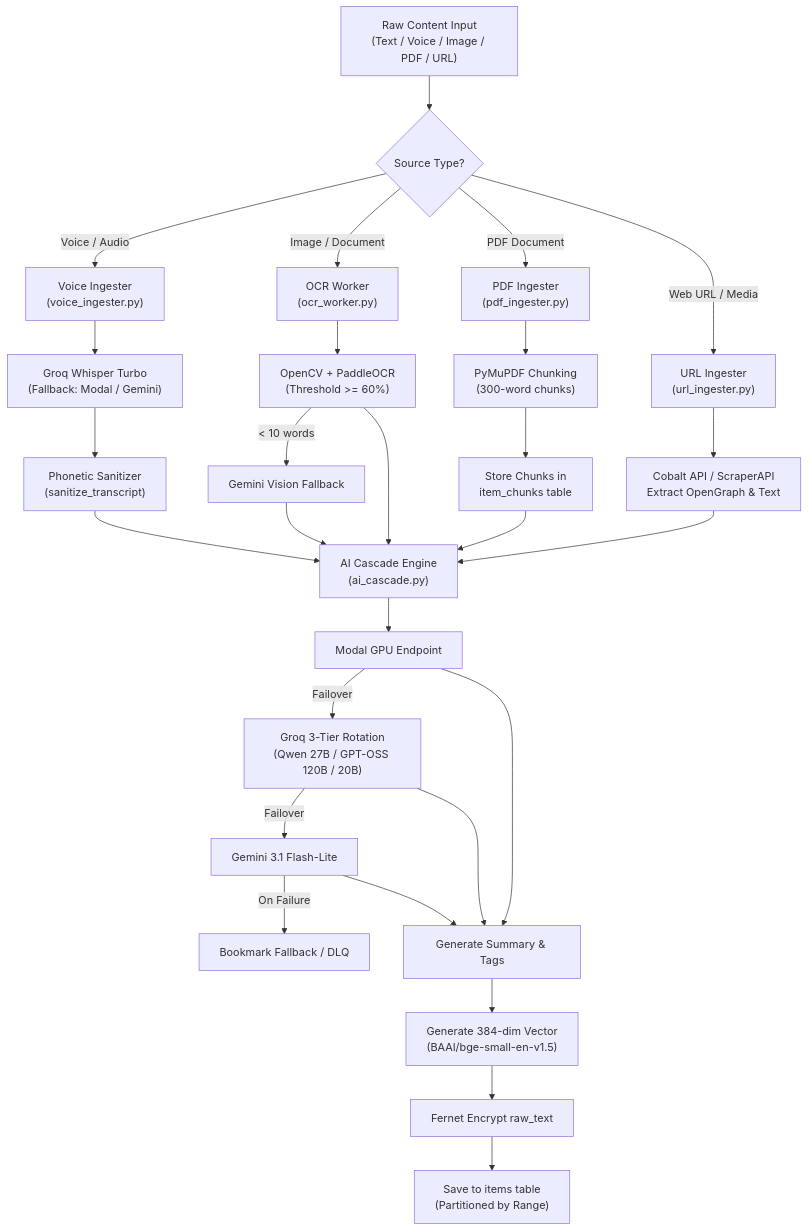
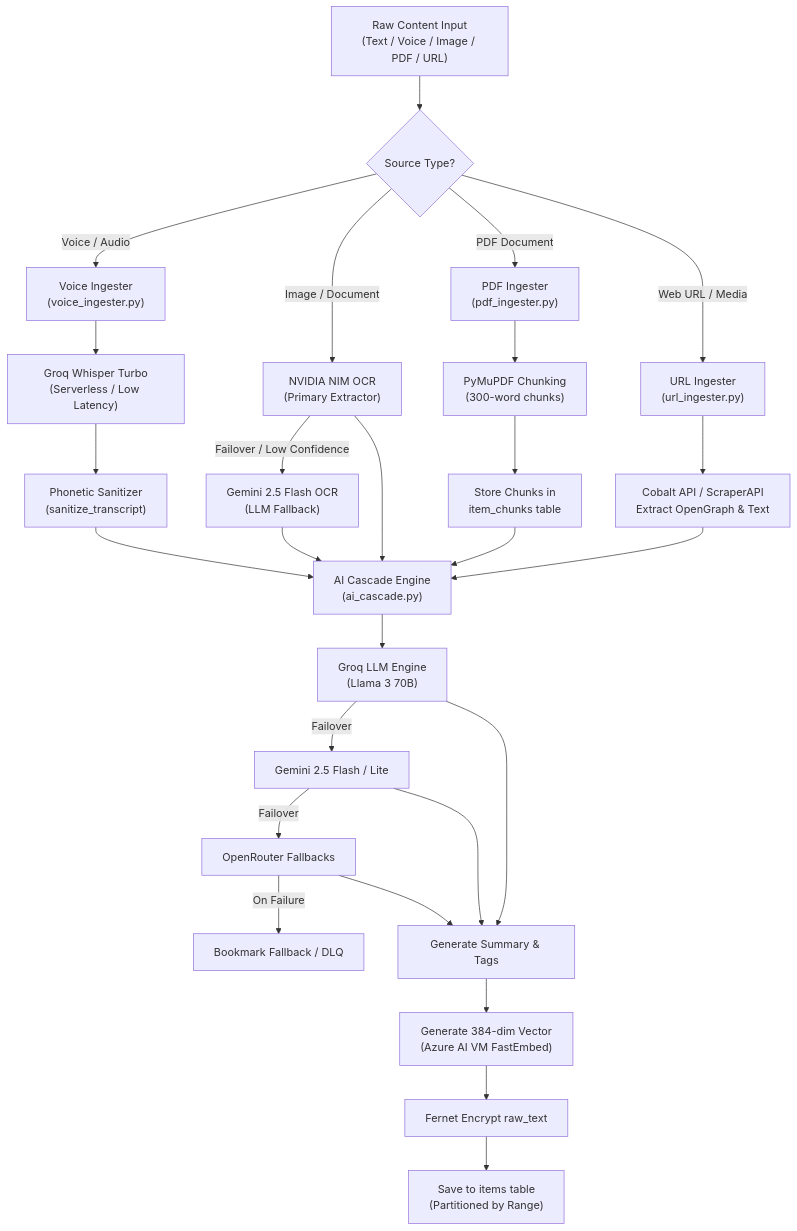
One commit to PriyanshuG27/Recall changed the second of 3 diagrams in docs/DIAGRAMS.md. Above: the diagram before and after it, drawn with Mermaid. The commit also changed other lines of this file and 18 other files, not shown here.

````diff
--- a/docs/DIAGRAMS.md
+++ b/docs/DIAGRAMS.md
@@ -76,53 +79,52 @@
 ```mermaid
 flowchart TD
     A["Raw Content Input
 (Text / Voice / Image / PDF / URL)"] --> B{"Source Type?"}
     
     B -- "Voice / Audio" --> C1["Voice Ingester
 (voice_ingester.py)"]
     C1 --> C2["Groq Whisper Turbo
-(Fallback: Modal / Gemini)"]
+(Serverless / Low Latency)"]
     C2 --> C3["Phonetic Sanitizer
 (sanitize_transcript)"]
     
-    B -- "Image / Document" --> D1["OCR Worker
-(ocr_worker.py)"]
-    D1 --> D2["OpenCV + PaddleOCR
-(Threshold >= 60%)"]
-    D2 -- "< 10 words" --> D3["Gemini Vision Fallback"]
+    B -- "Image / Document" --> D1["NVIDIA NIM OCR
+(Primary Extractor)"]
+    D1 -- "Failover / Low Confidence" --> D2["Gemini 2.5 Flash OCR
+(LLM Fallback)"]
     
     B -- "PDF Document" --> E1["PDF Ingester
 (pdf_ingester.py)"]
     E1 --> E2["PyMuPDF Chunking
 (300-word chunks)"]
     E2 --> E3["Store Chunks in
 item_chunks table"]
 
     B -- "Web URL / Media" --> F1["URL Ingester
 (url_ingester.py)"]
     F1 --> F2["Cobalt API / ScraperAPI
 Extract OpenGraph & Text"]
 
     C3 --> G["AI Cascade Engine
 (ai_cascade.py)"]
+    D1 --> G
     D2 --> G
-    D3 --> G
     E3 --> G
     F2 --> G
 
-    G --> H1["Modal GPU Endpoint"]
-    H1 -- "Failover" --> H2["Groq 3-Tier Rotation
-(Qwen 27B / GPT-OSS 120B / 20B)"]
-    H2 -- "Failover" --> H3["Gemini 3.1 Flash-Lite"]
+    G --> H1["Groq LLM Engine
+(Llama 3 70B)"]
+    H1 -- "Failover" --> H2["Gemini 2.5 Flash / Lite"]
+    H2 -- "Failover" --> H3["OpenRouter Fallbacks"]
     H3 -- "On Failure" --> H4["Bookmark Fallback / DLQ"]
 
     H1 --> I["Generate Summary & Tags"]
     H2 --> I
     H3 --> I
 
     I --> J["Generate 384-dim Vector
-(BAAI/bge-small-en-v1.5)"]
+(Azure AI VM FastEmbed)"]
     J --> K["Fernet Encrypt raw_text"]
     K --> L["Save to items table
 (Partitioned by Range)"]
 ```
````
